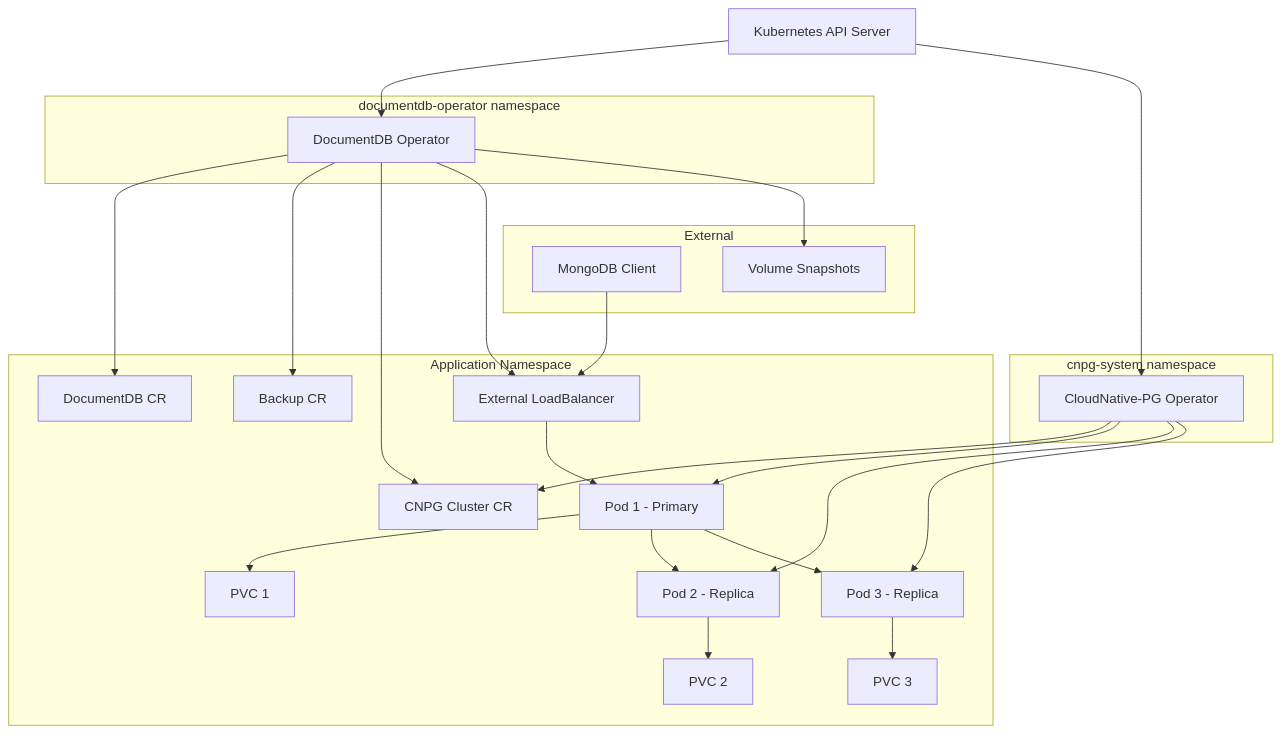
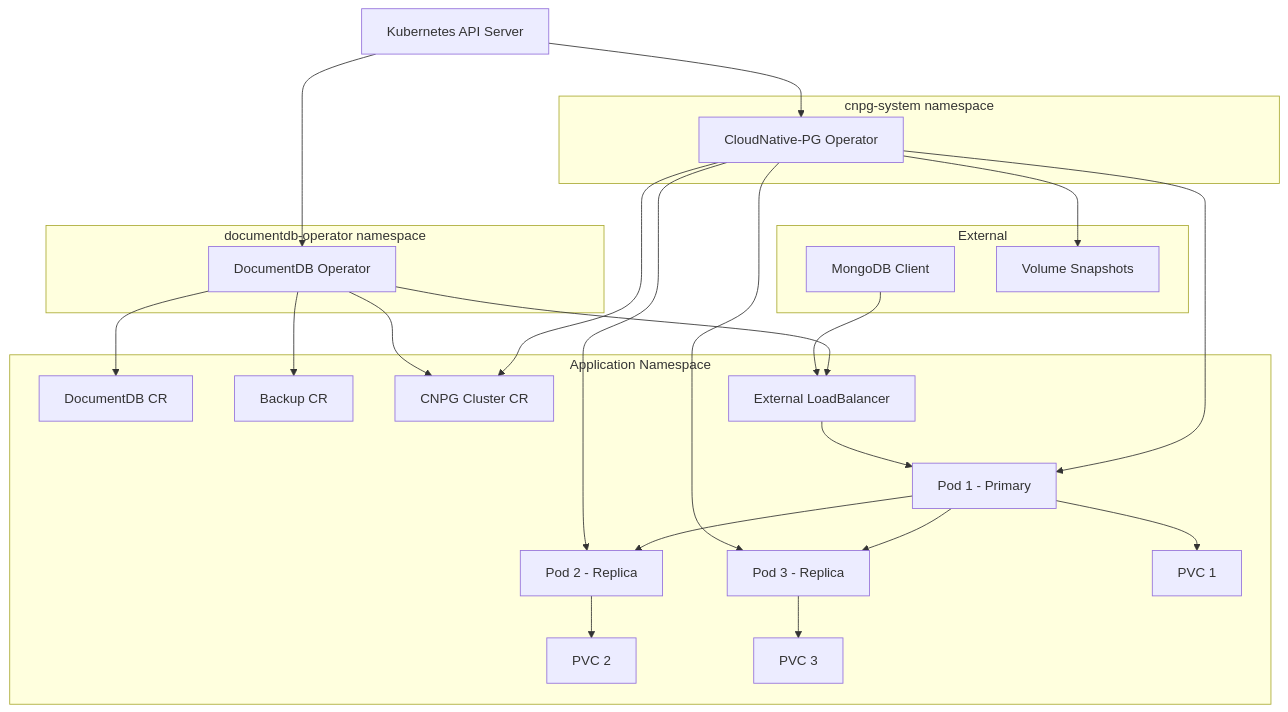
The first of 7 diagrams in docs/operator-public-documentation/preview/architecture/overview.md (documentdb/documentdb-kubernetes-operator), drawn with Mermaid before and after one commit. The commit also changed other lines of this file and 2 other files, not shown here.

````diff
--- a/docs/operator-public-documentation/preview/architecture/overview.md
+++ b/docs/operator-public-documentation/preview/architecture/overview.md
@@ -20,54 +20,54 @@
 ```mermaid
 flowchart TB
     API[Kubernetes API Server]
     
     subgraph DocDBNS[documentdb-operator namespace]
         DOC_OP[DocumentDB Operator]
     end
     
     subgraph CNPGNS[cnpg-system namespace]
         CNPG_OP[CloudNative-PG Operator]
     end
     
     subgraph App[Application Namespace]
         DOC_CR[DocumentDB CR]
         BACKUP_CR[Backup CR]
         CLUSTER_CR[CNPG Cluster CR]
         LB[External LoadBalancer]
         POD1[Pod 1 - Primary]
         POD2[Pod 2 - Replica]
         POD3[Pod 3 - Replica]
         PVC1[PVC 1]
         PVC2[PVC 2]
         PVC3[PVC 3]
     end
     
     subgraph External[External]
         CLIENT[MongoDB Client]
         VS[Volume Snapshots]
     end
     
     API --> DOC_OP
     API --> CNPG_OP
     
     CLIENT --> LB
     LB --> POD1
     
     DOC_OP --> DOC_CR
     DOC_OP --> BACKUP_CR
     DOC_OP --> CLUSTER_CR
     DOC_OP --> LB
-    DOC_OP --> VS
     
     CNPG_OP --> CLUSTER_CR
     CNPG_OP --> POD1
     CNPG_OP --> POD2
     CNPG_OP --> POD3
+    CNPG_OP --> VS
     
     POD1 --> PVC1
     POD2 --> PVC2
     POD3 --> PVC3
     
     POD1 --> POD2
     POD1 --> POD3
 ```
````
